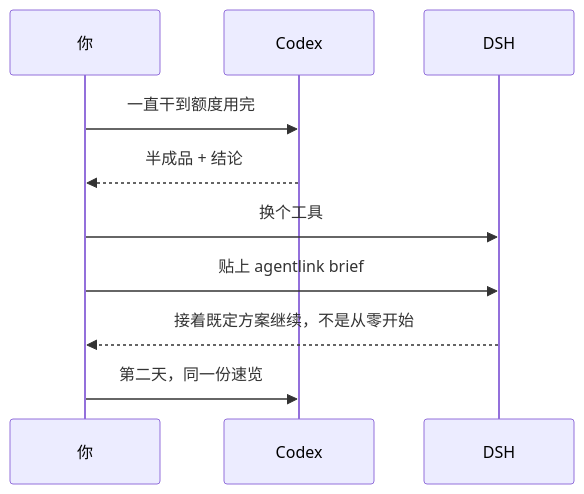
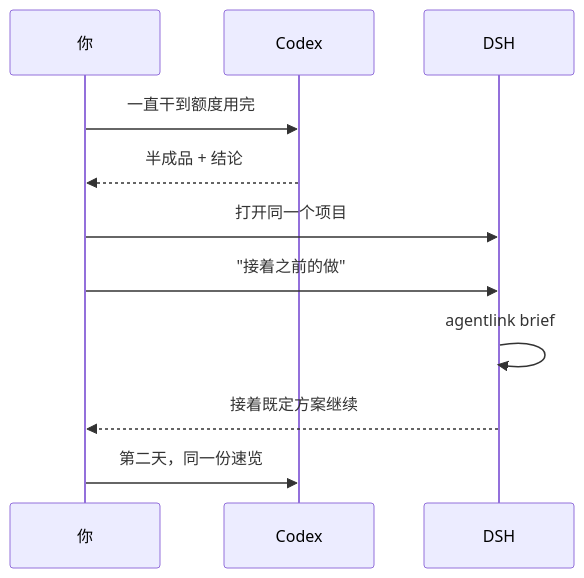
Before and after one commit to gougougouz/agent-context-bridge: the first of 2 diagrams in README.zh-CN.md, drawn with Mermaid. The commit also changed other lines of this file and 10 other files, not shown here.

````diff
--- a/README.zh-CN.md
+++ b/README.zh-CN.md
@@ -157,12 +129,13 @@
 ```mermaid
 sequenceDiagram
     participant 你
     participant Codex
     participant DSH
     你->>Codex: 一直干到额度用完
     Codex-->>你: 半成品 + 结论
-    你->>DSH: 换个工具
-    你->>DSH: 贴上 agentlink brief
-    DSH-->>你: 接着既定方案继续，不是从零开始
+    你->>DSH: 打开同一个项目
+    你->>DSH: "接着之前的做"
+    DSH->>DSH: agentlink brief
+    DSH-->>你: 接着既定方案继续
     你->>Codex: 第二天，同一份速览
 ```
````
